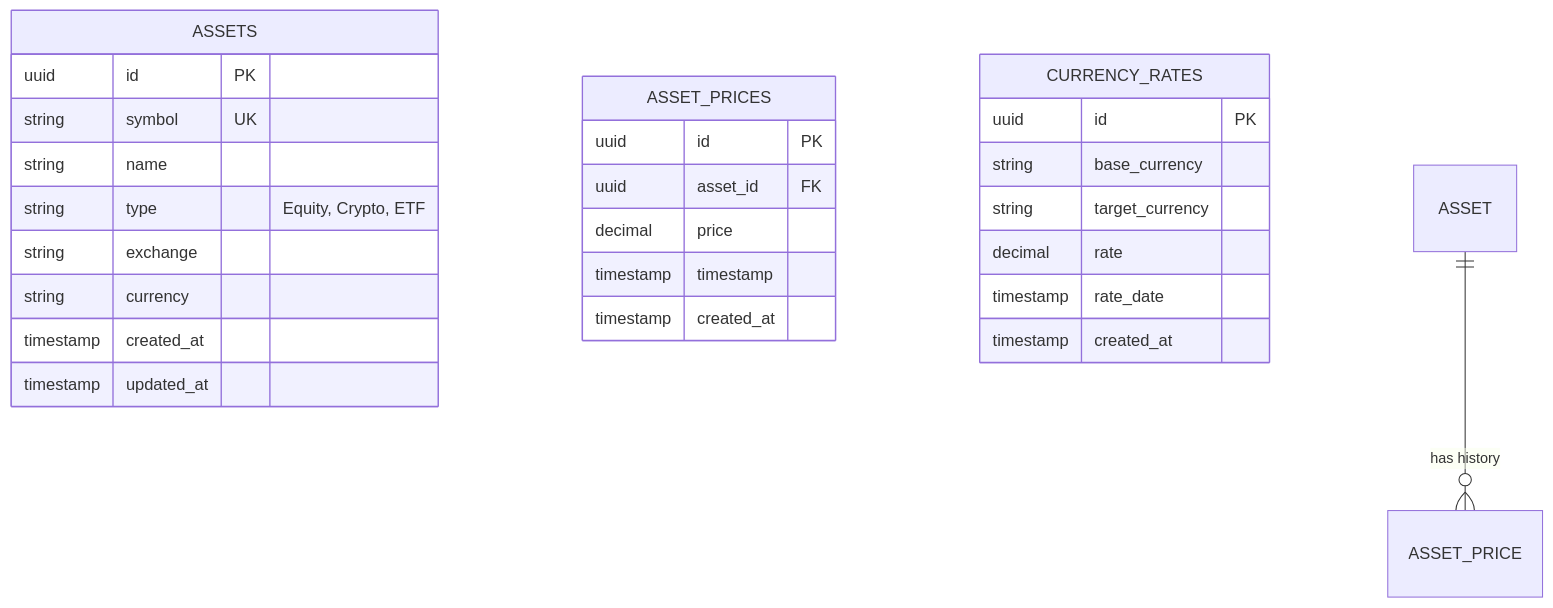
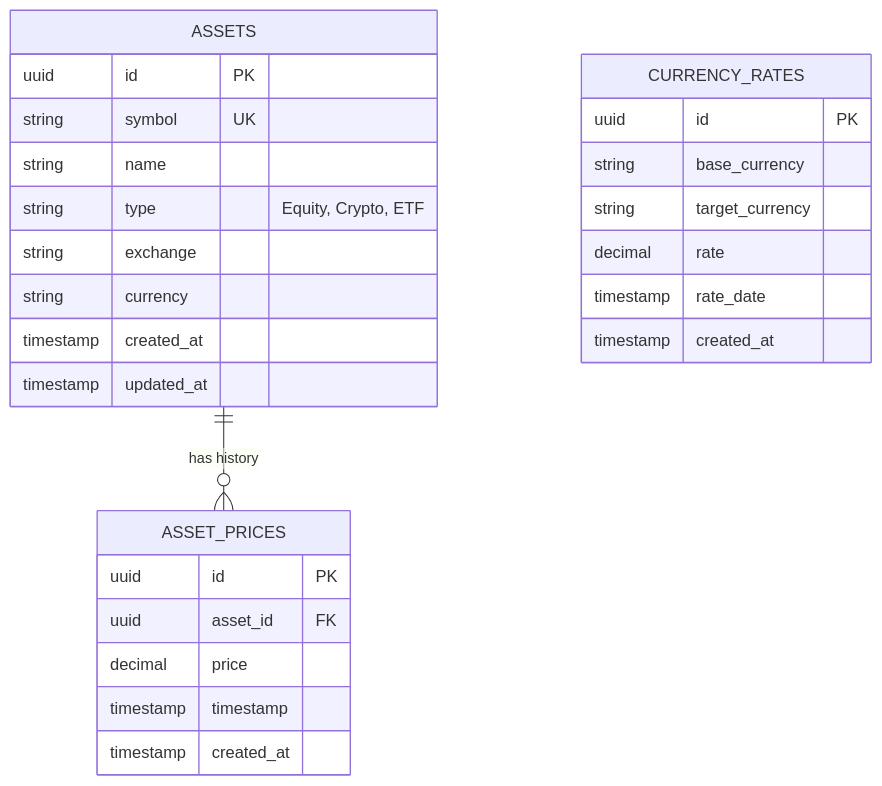
The second of 2 diagrams in services/marketdata-service/SYSTEM_DESIGN.md (garcios/portfolio-insights), drawn with Mermaid before and after one commit. The commit also changed 1 other file, not shown here.

Commit message:
docs: Rename marketdata entities and user service API endpoint in system design documents.

````diff
--- a/services/marketdata-service/SYSTEM_DESIGN.md
+++ b/services/marketdata-service/SYSTEM_DESIGN.md
@@ -63,32 +63,32 @@
 ```mermaid
 erDiagram
     ASSETS {
         uuid id PK
         string symbol UK
         string name
         string type "Equity, Crypto, ETF"
         string exchange
         string currency
         timestamp created_at
         timestamp updated_at
     }
 
     ASSET_PRICES {
         uuid id PK
         uuid asset_id FK
         decimal price
         timestamp timestamp
         timestamp created_at
     }
 
     CURRENCY_RATES {
         uuid id PK
         string base_currency
         string target_currency
         decimal rate 
         timestamp rate_date
         timestamp created_at
     }
 
-    ASSET ||--o{ ASSET_PRICE : "has history"
+    ASSETS ||--o{ ASSET_PRICES : "has history"
 ```
````
